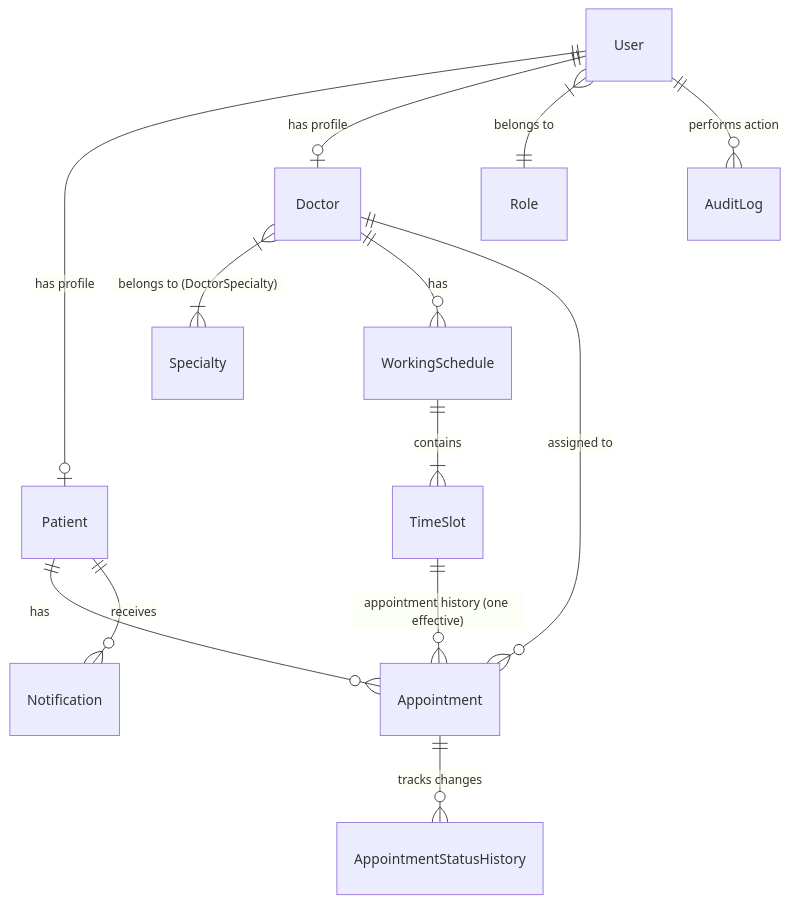
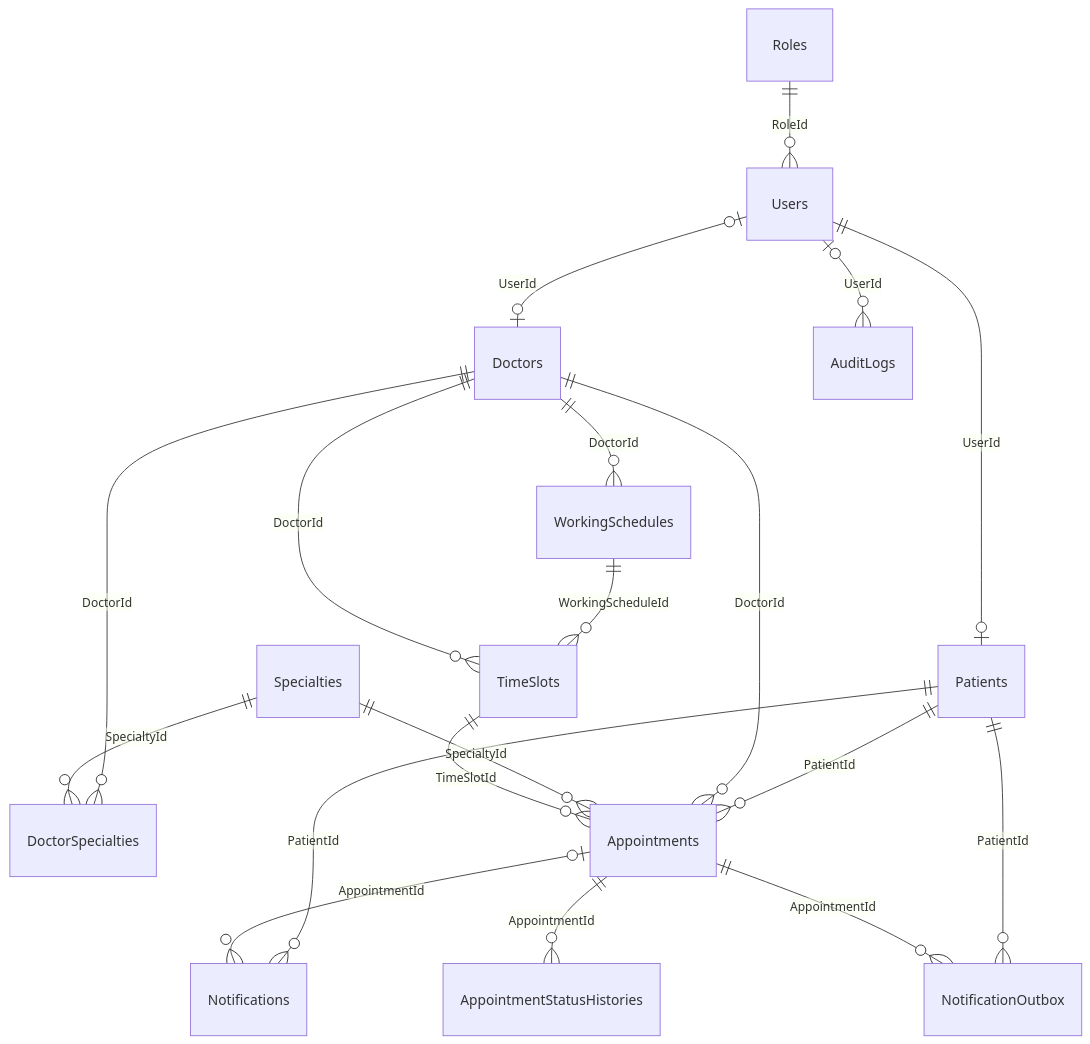
Before and after one commit to TienPhat1912/nhom01_s6_OOAD: the diagram in codes/docs/instructions/database-design.md, drawn with Mermaid. The commit also changed other lines of this file and 15 other files, not shown here.

````diff
--- a/codes/docs/instructions/database-design.md
+++ b/codes/docs/instructions/database-design.md
@@ -7,15 +7,21 @@
 ```mermaid
 erDiagram
-    User ||--o| Patient : "has profile"
-    User ||--o| Doctor : "has profile"
-    User }|--|| Role : "belongs to"
-    Doctor }|--|{ Specialty : "belongs to (DoctorSpecialty)"
-    Doctor ||--o{ WorkingSchedule : "has"
-    WorkingSchedule ||--|{ TimeSlot : "contains"
-    TimeSlot ||--o{ Appointment : "appointment history (one effective)"
-    Patient ||--o{ Appointment : "has"
-    Doctor ||--o{ Appointment : "assigned to"
-    Appointment ||--o{ AppointmentStatusHistory : "tracks changes"
-    Patient ||--o{ Notification : "receives"
-    User ||--o{ AuditLog : "performs action"
+    Roles ||--o{ Users : RoleId
+    Users ||--o| Patients : UserId
+    Users o|--o| Doctors : UserId
+    Doctors ||--o{ DoctorSpecialties : DoctorId
+    Specialties ||--o{ DoctorSpecialties : SpecialtyId
+    Doctors ||--o{ WorkingSchedules : DoctorId
+    WorkingSchedules ||--o{ TimeSlots : WorkingScheduleId
+    Doctors ||--o{ TimeSlots : DoctorId
+    Patients ||--o{ Appointments : PatientId
+    Doctors ||--o{ Appointments : DoctorId
+    Specialties ||--o{ Appointments : SpecialtyId
+    TimeSlots ||--o{ Appointments : TimeSlotId
+    Appointments ||--o{ AppointmentStatusHistories : AppointmentId
+    Patients ||--o{ Notifications : PatientId
+    Appointments o|--o{ Notifications : AppointmentId
+    Patients ||--o{ NotificationOutbox : PatientId
+    Appointments ||--o{ NotificationOutbox : AppointmentId
+    Users o|--o{ AuditLogs : UserId
 ```
````
